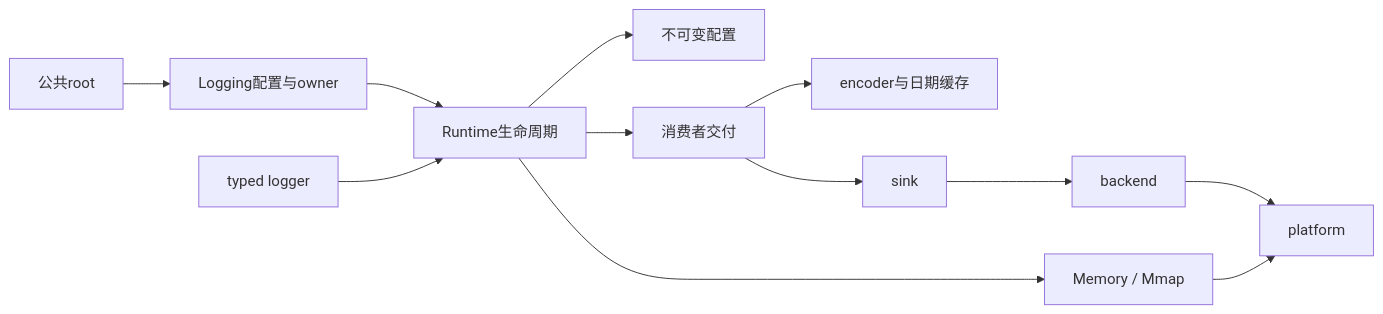
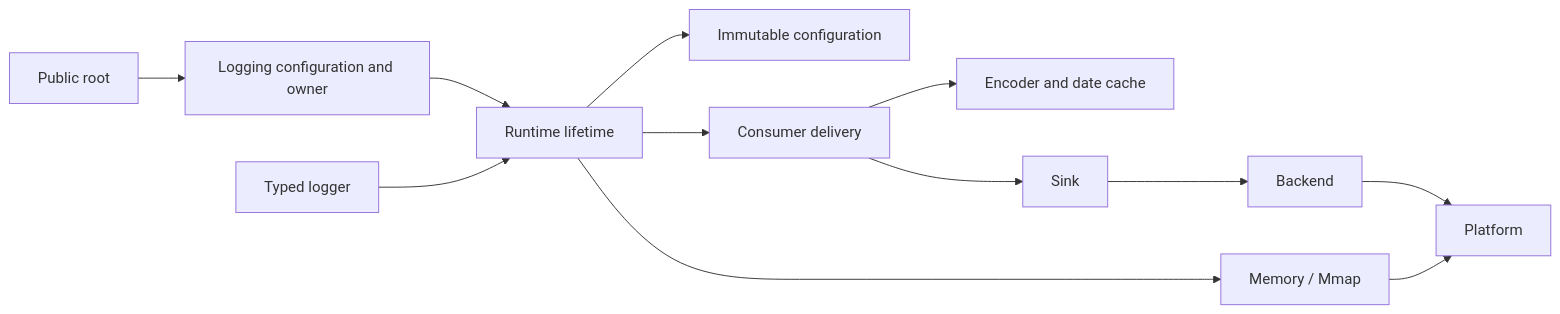
One commit to passchaos/kron changed the diagram in docs/code-structure.md. Above: the diagram before and after it, drawn with Mermaid. The commit also changed other lines of this file and 14340 other files, not shown here.

````diff
--- a/docs/code-structure.md
+++ b/docs/code-structure.md
@@ -29,14 +33,14 @@
 ```mermaid
 flowchart LR
-    Root[公共root] --> Logging[Logging配置与owner]
-    Logging --> Runtime[Runtime生命周期]
-    Logger[typed logger] --> Runtime
-    Runtime --> Config[不可变配置]
+    Root[Public root] --> Logging[Logging configuration and owner]
+    Logging --> Runtime[Runtime lifetime]
+    Logger[Typed logger] --> Runtime
+    Runtime --> Config[Immutable configuration]
     Runtime --> Journal[Memory / Mmap]
-    Runtime --> Delivery[消费者交付]
-    Delivery --> Encoder[encoder与日期缓存]
-    Delivery --> Sink[sink]
-    Sink --> Backend[backend]
-    Backend --> Platform[platform]
+    Runtime --> Delivery[Consumer delivery]
+    Delivery --> Encoder[Encoder and date cache]
+    Delivery --> Sink[Sink]
+    Sink --> Backend[Backend]
+    Backend --> Platform[Platform]
     Journal --> Platform
 ```
````
